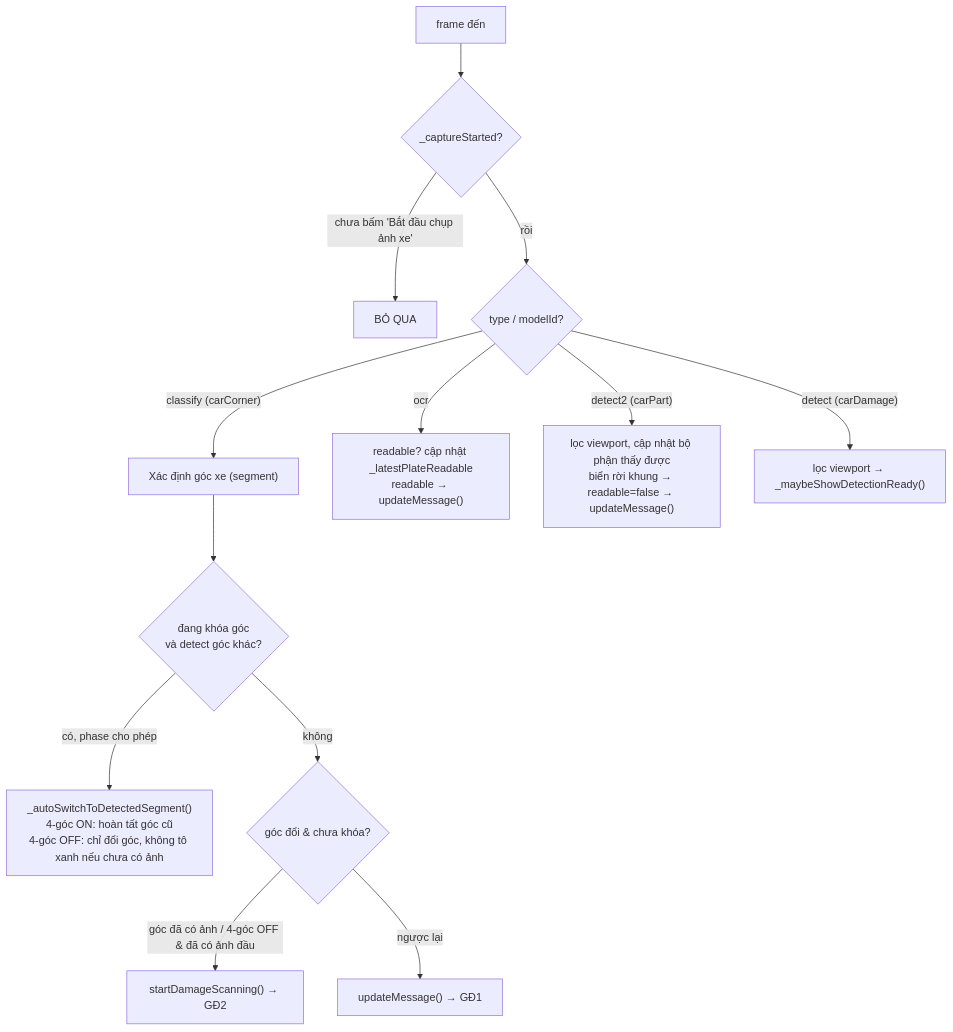
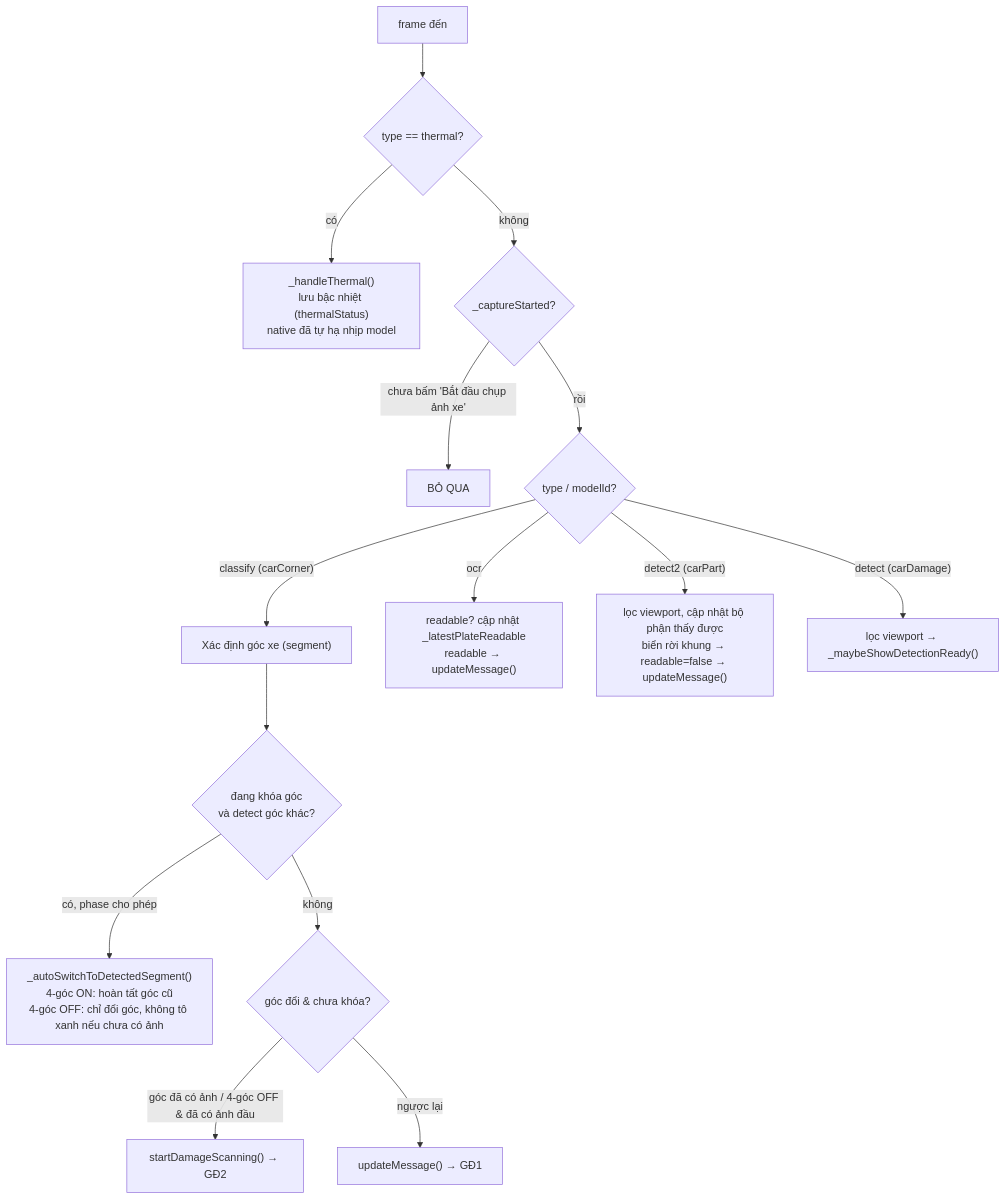
Before and after one commit to Aicycle-Insurance/aicycle_on_device: the second of 9 diagrams in CAMERA_CONTROLLER.md, drawn with Mermaid. The commit also changed 16 other files, not shown here.

````diff
--- a/CAMERA_CONTROLLER.md
+++ b/CAMERA_CONTROLLER.md
@@ -33,17 +33,19 @@
 ```mermaid
 flowchart TD
-    F["frame đến"] --> G{"_captureStarted?"}
+    F["frame đến"] --> TH{"type == thermal?"}
+    TH -->|"có"| THM["_handleThermal()<br/>lưu bậc nhiệt (thermalStatus)<br/>native đã tự hạ nhịp model"]
+    TH -->|"không"| G{"_captureStarted?"}
     G -->|"chưa bấm 'Bắt đầu chụp ảnh xe'"| SKIP["BỎ QUA"]
     G -->|rồi| T{"type / modelId?"}
 
     T -->|"classify (carCorner)"| C["Xác định góc xe (segment)"]
     C --> C0{"đang khóa góc<br/>và detect góc khác?"}
     C0 -->|"có, phase cho phép"| C4["_autoSwitchToDetectedSegment()<br/>4-góc ON: hoàn tất góc cũ<br/>4-góc OFF: chỉ đổi góc, không tô xanh nếu chưa có ảnh"]
     C0 -->|"không"| C1{"góc đổi & chưa khóa?"}
     C1 -->|"góc đã có ảnh / 4-góc OFF & đã có ảnh đầu"| C2["startDamageScanning() → GĐ2"]
     C1 -->|"ngược lại"| C3["updateMessage() → GĐ1"]
 
     T -->|"ocr"| O["readable? cập nhật _latestPlateReadable<br/>readable → updateMessage()"]
     T -->|"detect2 (carPart)"| P["lọc viewport, cập nhật bộ phận thấy được<br/>biển rời khung → readable=false → updateMessage()"]
     T -->|"detect (carDamage)"| D["lọc viewport → _maybeShowDetectionReady()"]
 ```
````
